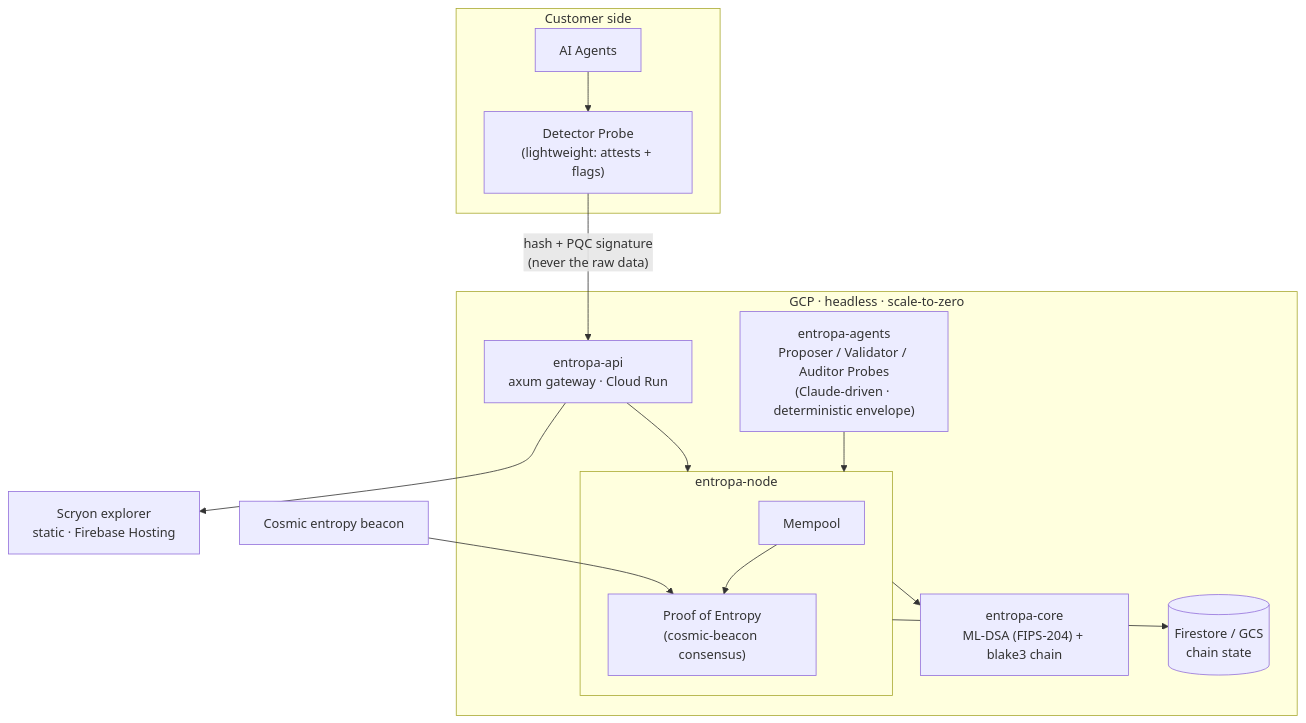
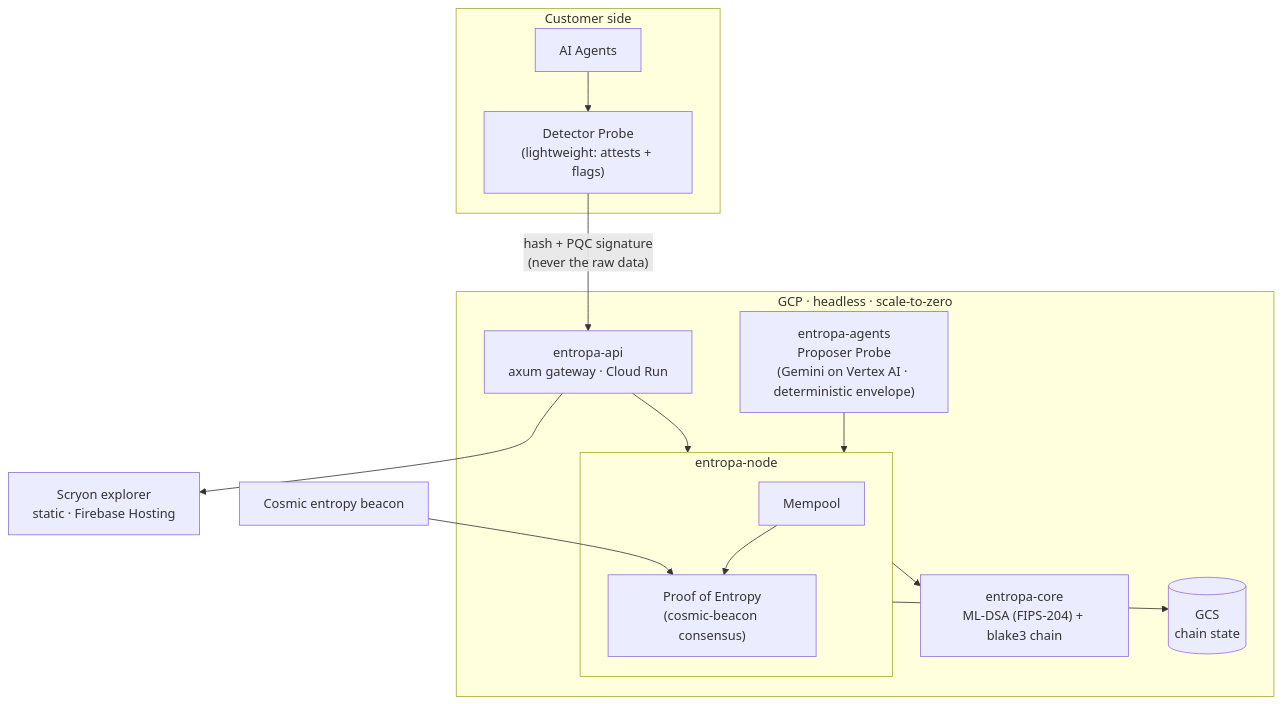
The first of 2 diagrams in ARCHITECTURE.md (aimozart/entropa-public), drawn with Mermaid before and after one commit. The commit also changed other lines of this file and 3 other files, not shown here.

First line of the commit message:
Document monitoring and self-healing; fix stale architecture claims

````diff
--- a/ARCHITECTURE.md
+++ b/ARCHITECTURE.md
@@ -8,26 +8,26 @@
 ```mermaid
 flowchart TB
   subgraph Customer["Customer side"]
     Agents["AI Agents"] --> Detector["Detector Probe<br/>(lightweight: attests + flags)"]
   end
 
   Detector -->|"hash + PQC signature<br/>(never the raw data)"| API
 
   subgraph GCP["GCP · headless · scale-to-zero"]
     API["entropa-api<br/>axum gateway · Cloud Run"]
     subgraph NODE["entropa-node"]
       Mempool["Mempool"] --> PoE["Proof of Entropy<br/>(cosmic-beacon consensus)"]
     end
-    PROBES["entropa-agents<br/>Proposer / Validator / Auditor Probes<br/>(Claude-driven · deterministic envelope)"]
+    PROBES["entropa-agents<br/>Proposer Probe<br/>(Gemini on Vertex AI · deterministic envelope)"]
     CORE["entropa-core<br/>ML-DSA (FIPS-204) + blake3 chain"]
-    STORE[("Firestore / GCS<br/>chain state")]
+    STORE[("GCS<br/>chain state")]
 
     API --> NODE
     PROBES --> NODE
     NODE --> CORE
     NODE --> STORE
   end
 
   Beacon["Cosmic entropy beacon"] --> PoE
   API --> Scryon["Scryon explorer<br/>static · Firebase Hosting"]
 ```
````
